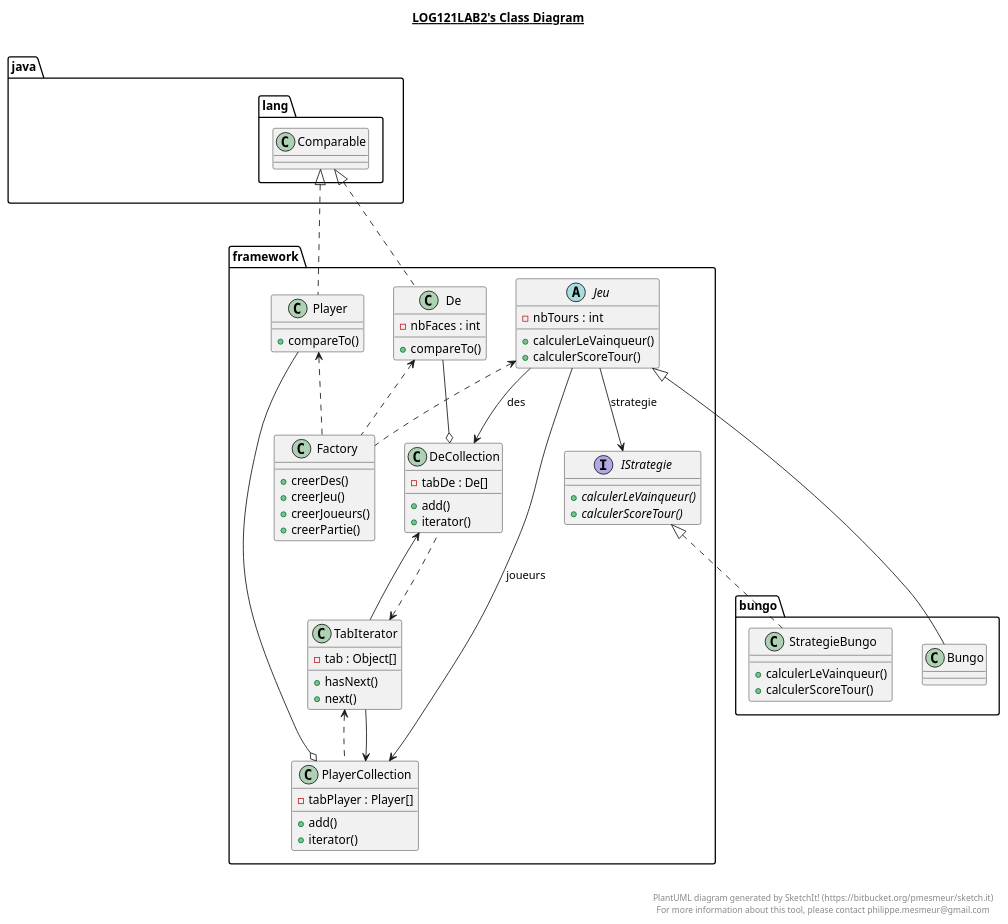
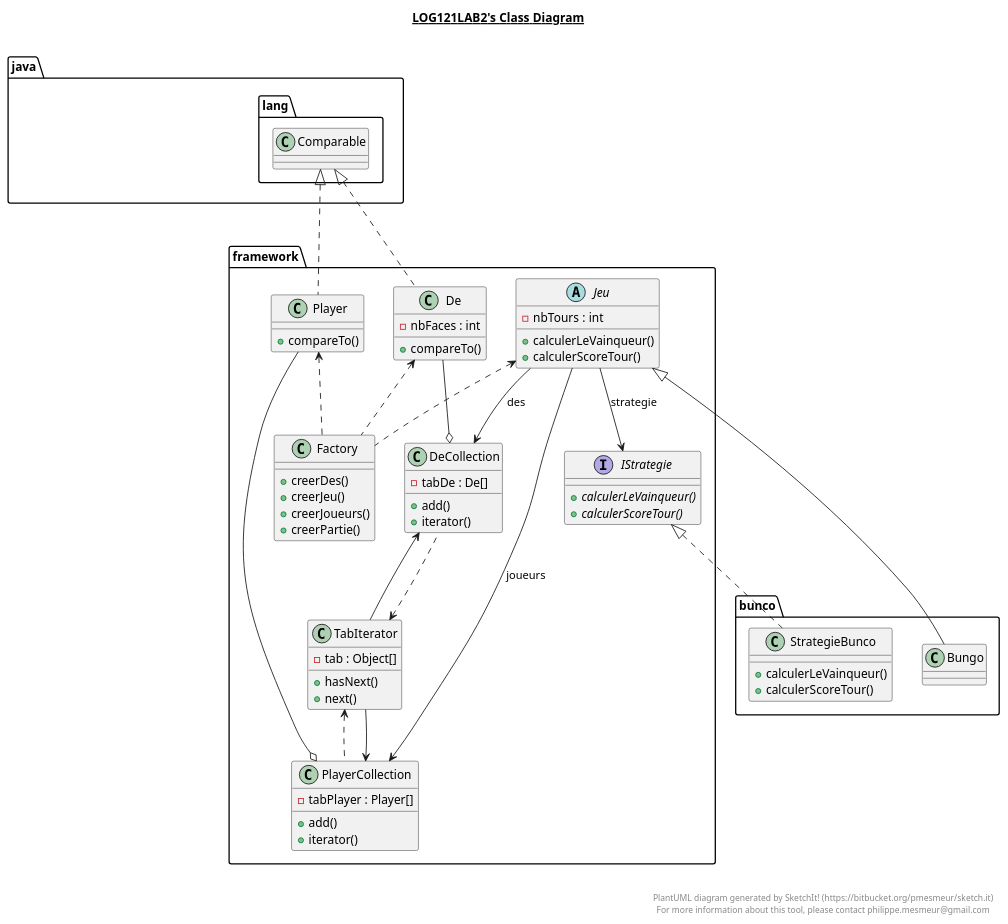
The diagram in LOG121Lab2.plantuml (ThoLavergne/LOG121Lab2), drawn with PlantUML before and after one commit. The commit also changed 16 other files, not shown here.

First line of the commit message:
Modifs incluant: -les parametres de partie sont tous donnés à créerPartie() -redefinitions de methodes dans FactoryBunco pour s'assurer qu'il y ait 3 dés et 6 tours de jeu

```diff
--- a/LOG121Lab2.plantuml
+++ b/LOG121Lab2.plantuml
@@ -1,127 +1,127 @@
 @startuml
 
 title __LOG121LAB2's Class Diagram__\n
 
-  namespace bungo {
-    class bungo.Bungo {
+  namespace bunco {
+    class bunco.Bungo {
     }
   }
   
 
-  namespace bungo {
-    class bungo.StrategieBungo {
+  namespace bunco {
+    class bunco.StrategieBunco {
             + calculerLeVainqueur()
             + calculerScoreTour()
     }
   }
   
 
   namespace framework {
     class framework.DeCollection {
     - tabDe : De[]
     + add()
     + iterator()
     }
   }
   
 
   namespace framework {
     class framework.PlayerCollection {
     - tabPlayer : Player[]
     + add()
     + iterator()
     }
   }
   
 
   namespace framework {
     class framework.De {
     - nbFaces : int
     + compareTo()
     }
   }
   
 
   namespace framework {
     class framework.Factory {
             + creerDes()
             + creerJeu()
             + creerJoueurs()
             + creerPartie()
     }
   }
   
 
   namespace framework {
     interface framework.IStrategie {
             {abstract} + calculerLeVainqueur()
             {abstract} + calculerScoreTour()
     }
   }
   
 
   namespace framework {
     abstract class framework.Jeu {
             - nbTours : int
             + calculerLeVainqueur()
             + calculerScoreTour()
     }
   }
   
 
   namespace framework {
     class framework.Player {
     + compareTo()
     }
   }
   
 
   namespace framework {
     class framework.TabIterator {
     - tab : Object[]
     + hasNext()
      + next()
     }
   }
   
 
   namespace tests {
     class tests.DeTest {
     }
   }
   
 
-  bungo.Bungo -up-|> framework.Jeu
-  bungo.StrategieBungo .up.|> framework.IStrategie
+  bunco.Bungo -up-|> framework.Jeu
+  bunco.StrategieBunco .up.|> framework.IStrategie
   framework.DeCollection .up.|> java.util.Collection
   framework.PlayerCollection .up.|> java.util.Collection
   framework.De .up.|> java.lang.Comparable
   framework.Jeu --> framework.DeCollection : des
   framework.Jeu --> framework.PlayerCollection : joueurs
   framework.Jeu --> framework.IStrategie : strategie
   framework.Player .up.|> java.lang.Comparable
   framework.TabIterator .up.|> java.util.Iterator
   tests.DeTest o-- framework.De : de1
   tests.DeTest o-- framework.De : de2
   framework.DeCollection .up.> framework.TabIterator
   framework.PlayerCollection .up.> framework.TabIterator
   framework.DeCollection <-- framework.TabIterator
   framework.PlayerCollection <-- framework.TabIterator
   framework.Factory .up.> framework.Jeu
   framework.Factory .up.> framework.Player
   framework.Factory .up.> framework.De
   framework.Factory .up.> java.util.Collection
   framework.De --o framework.DeCollection
   framework.Player --o framework.PlayerCollection
 
 
   hide tests
   hide java.util
 right footer
 
 
 PlantUML diagram generated by SketchIt! (https://bitbucket.org/pmesmeur/sketch.it)
 For more information about this tool, please contact philippe.mesmeur@gmail.com
 endfooter
 
 @enduml
```
